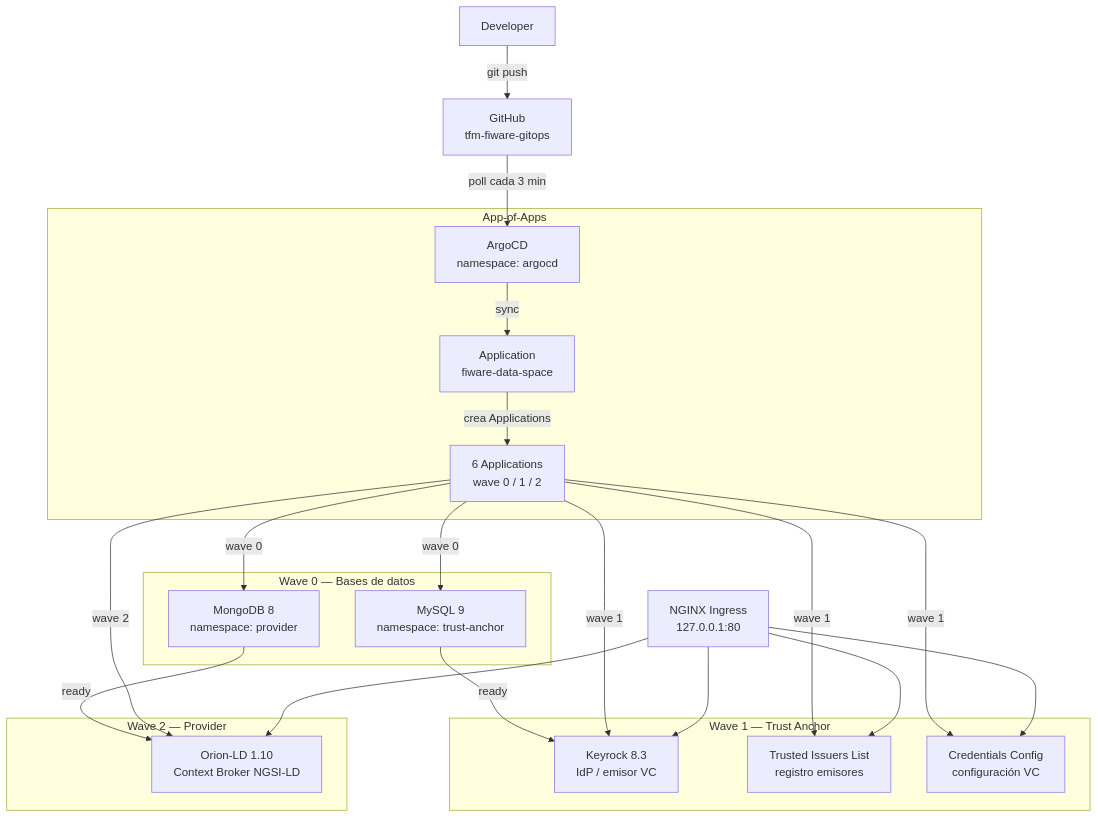
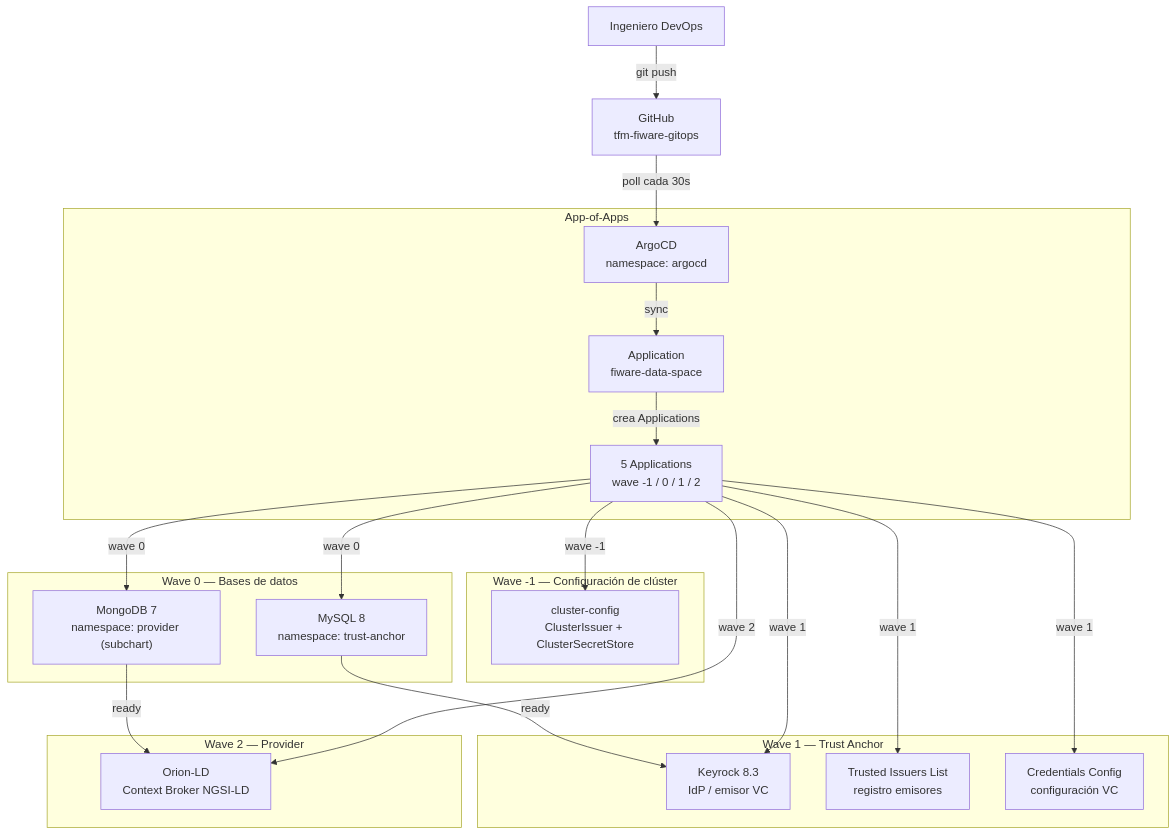
Before and after one commit to jdmonsalvel/tfm-fiware-docs: the diagram in diagramas/architecture.md, drawn with Mermaid. The commit also changed other lines of this file, not shown here.

First line of the commit message:
docs(diagramas): expand evidence guide with detailed capture instructions

````diff
--- a/diagramas/architecture.md
+++ b/diagramas/architecture.md
@@ -5,32 +304,31 @@
 ```mermaid
 flowchart TD
-    Dev["Developer"] -->|git push| GH["GitHub\ntfm-fiware-gitops"]
-    GH -->|poll cada 3 min| ArgoCD["ArgoCD\nnamespace: argocd"]
+    Dev["Ingeniero DevOps"] -->|git push| GH["GitHub\ntfm-fiware-gitops"]
+    GH -->|poll cada 30s| ArgoCD["ArgoCD\nnamespace: argocd"]
 
     subgraph App-of-Apps
         ArgoCD -->|sync| AoA["Application\nfiware-data-space"]
-        AoA -->|crea Applications| Apps["6 Applications\nwave 0 / 1 / 2"]
+        AoA -->|crea Applications| Apps["5 Applications\nwave -1 / 0 / 1 / 2"]
+    end
+
+    subgraph "Wave -1 — Configuración de clúster"
+        Apps -->|wave -1| CC["cluster-config\nClusterIssuer + ClusterSecretStore"]
     end
 
     subgraph "Wave 0 — Bases de datos"
-        Apps -->|wave 0| MySQL["MySQL 9\nnamespace: trust-anchor"]
-        Apps -->|wave 0| MongoDB["MongoDB 8\nnamespace: provider"]
+        Apps -->|wave 0| MySQL["MySQL 8\nnamespace: trust-anchor"]
+        Apps -->|wave 0| MongoDB["MongoDB 7\nnamespace: provider (subchart)"]
     end
 
     subgraph "Wave 1 — Trust Anchor"
         MySQL -->|ready| Keyrock["Keyrock 8.3\nIdP / emisor VC"]
         Apps -->|wave 1| Keyrock
         Apps -->|wave 1| TIL["Trusted Issuers List\nregistro emisores"]
         Apps -->|wave 1| CCS["Credentials Config\nconfiguración VC"]
     end
 
     subgraph "Wave 2 — Provider"
-        MongoDB -->|ready| Orion["Orion-LD 1.10\nContext Broker NGSI-LD"]
+        MongoDB -->|ready| Orion["Orion-LD\nContext Broker NGSI-LD"]
         Apps -->|wave 2| Orion
     end
-
-    NGINX["NGINX Ingress\n127.0.0.1:80"] --> Keyrock
-    NGINX --> TIL
-    NGINX --> CCS
-    NGINX --> Orion
 ```
````
